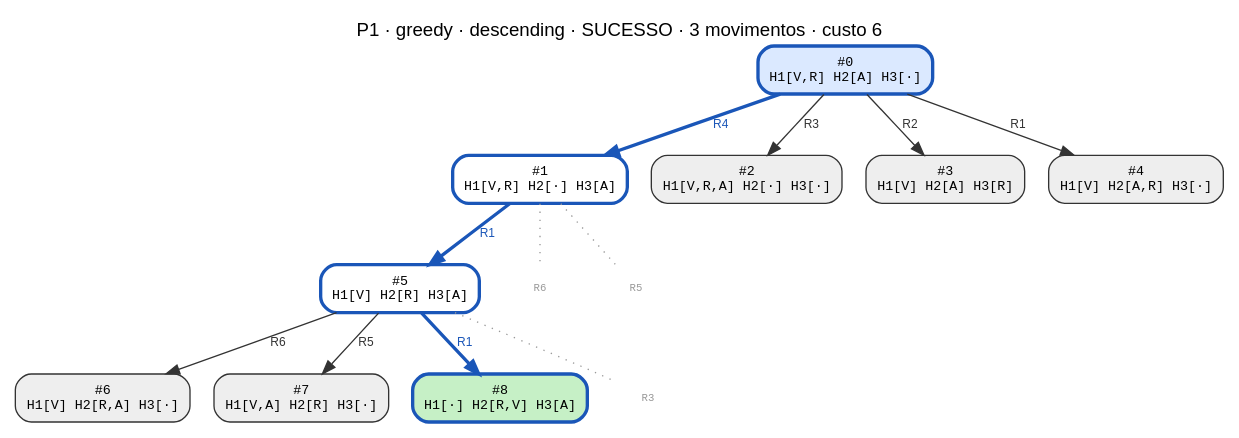
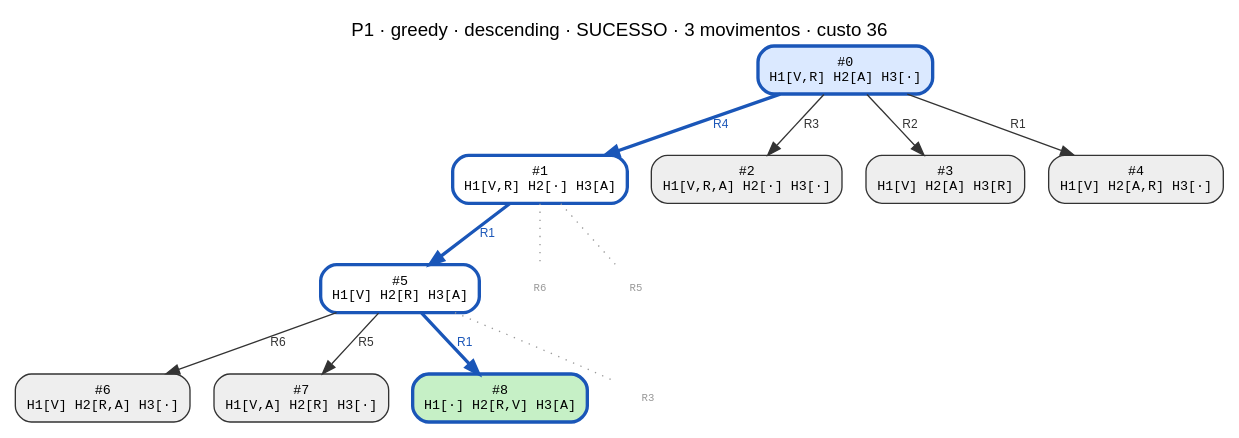
One commit to CharlesLB/dcc-014-trabalho-1 changed the diagram in data/P1/greedy_descending.dot. Above: the diagram before and after it, drawn with Graphviz. The commit also changed 17 other files, not shown here.

Commit message:
Regenerate the search-tree graphs with the ten-per-move cost

```diff
--- a/data/P1/greedy_descending.dot
+++ b/data/P1/greedy_descending.dot
@@ -1,28 +1,28 @@
 digraph search {
-  label="P1 · greedy · descending · SUCESSO · 3 movimentos · custo 6"; labelloc=t; fontname="Helvetica";
+  label="P1 · greedy · descending · SUCESSO · 3 movimentos · custo 36"; labelloc=t; fontname="Helvetica";
   node [shape=box, style="rounded,filled", fontname="monospace", fontsize=10];
   edge [fontname="Helvetica", fontsize=9];
   n0 [label="#0\nH1[V,R] H2[A] H3[·]", fillcolor="#dbe9ff", color="#1a56b8", penwidth=2.5];
   n1 [label="#1\nH1[V,R] H2[·] H3[A]", fillcolor="#ffffff", color="#1a56b8", penwidth=2.5];
   n0 -> n1 [label="R4", color="#1a56b8", fontcolor="#1a56b8", penwidth=2.5];
   n2 [label="#2\nH1[V,R,A] H2[·] H3[·]", fillcolor="#eeeeee", color="#333333", penwidth=1];
   n0 -> n2 [label="R3", color="#333333", fontcolor="#333333", penwidth=1];
   n3 [label="#3\nH1[V] H2[A] H3[R]", fillcolor="#eeeeee", color="#333333", penwidth=1];
   n0 -> n3 [label="R2", color="#333333", fontcolor="#333333", penwidth=1];
   n4 [label="#4\nH1[V] H2[A,R] H3[·]", fillcolor="#eeeeee", color="#333333", penwidth=1];
   n0 -> n4 [label="R1", color="#333333", fontcolor="#333333", penwidth=1];
   n5 [label="#5\nH1[V] H2[R] H3[A]", fillcolor="#ffffff", color="#1a56b8", penwidth=2.5];
   n1 -> n5 [label="R1", color="#1a56b8", fontcolor="#1a56b8", penwidth=2.5];
   n6 [label="#6\nH1[V] H2[R,A] H3[·]", fillcolor="#eeeeee", color="#333333", penwidth=1];
   n5 -> n6 [label="R6", color="#333333", fontcolor="#333333", penwidth=1];
   n7 [label="#7\nH1[V,A] H2[R] H3[·]", fillcolor="#eeeeee", color="#333333", penwidth=1];
   n5 -> n7 [label="R5", color="#333333", fontcolor="#333333", penwidth=1];
   n8 [label="#8\nH1[·] H2[R,V] H3[A]", fillcolor="#c6f0c6", color="#1a56b8", penwidth=2.5];
   n5 -> n8 [label="R1", color="#1a56b8", fontcolor="#1a56b8", penwidth=2.5];
   p1_R6 [label="R6", shape=plaintext, style=solid, fontcolor="#999999", fontsize=8];
   n1 -> p1_R6 [style=dotted, color="#999999", arrowhead=none];
   p1_R5 [label="R5", shape=plaintext, style=solid, fontcolor="#999999", fontsize=8];
   n1 -> p1_R5 [style=dotted, color="#999999", arrowhead=none];
   p5_R3 [label="R3", shape=plaintext, style=solid, fontcolor="#999999", fontsize=8];
   n5 -> p5_R3 [style=dotted, color="#999999", arrowhead=none];
 }
```
